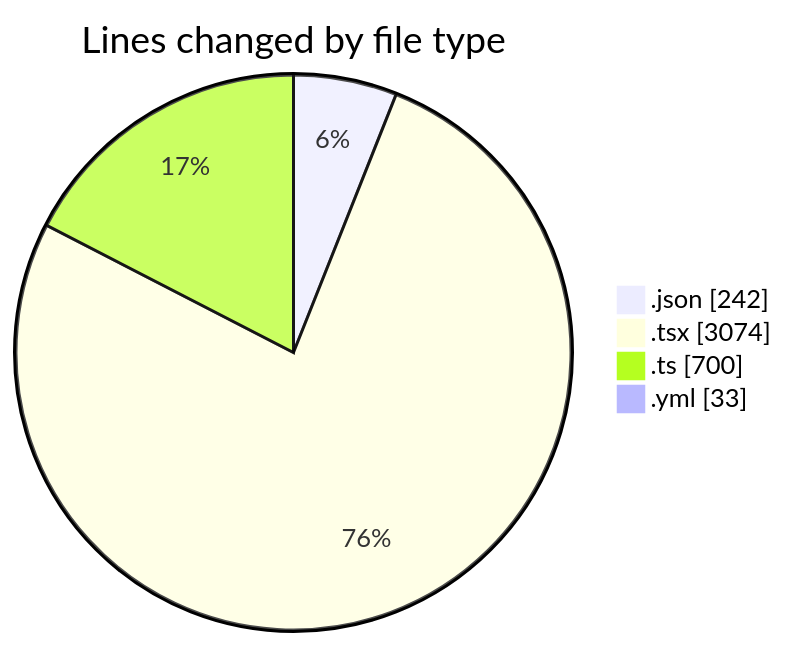
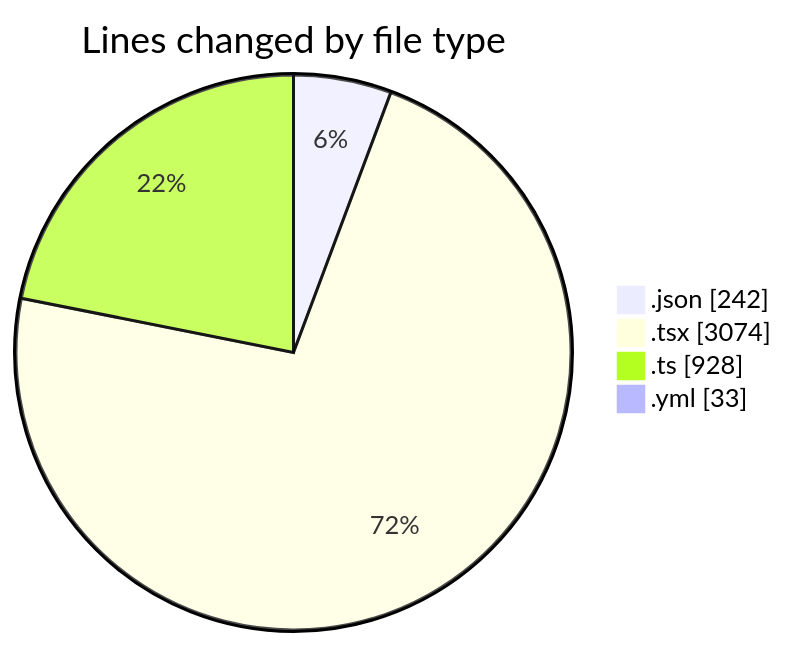
One commit to julien-gomy/code-tracking changed the first of 2 diagrams in 2025-11-17/eventscop-frontend-guide__workspace_/README.md. Above: the diagram before and after it, drawn with Mermaid. The commit also changed other lines of this file and 1 other file, not shown here.

````diff
--- a/2025-11-17/eventscop-frontend-guide__workspace_/README.md
+++ b/2025-11-17/eventscop-frontend-guide__workspace_/README.md
@@ -43,8 +44,8 @@
 ```mermaid
 pie showData
 title Lines changed by file type
 ".json" : 242
 ".tsx" : 3074
-".ts" : 700
+".ts" : 928
 ".yml" : 33
 ```
````
